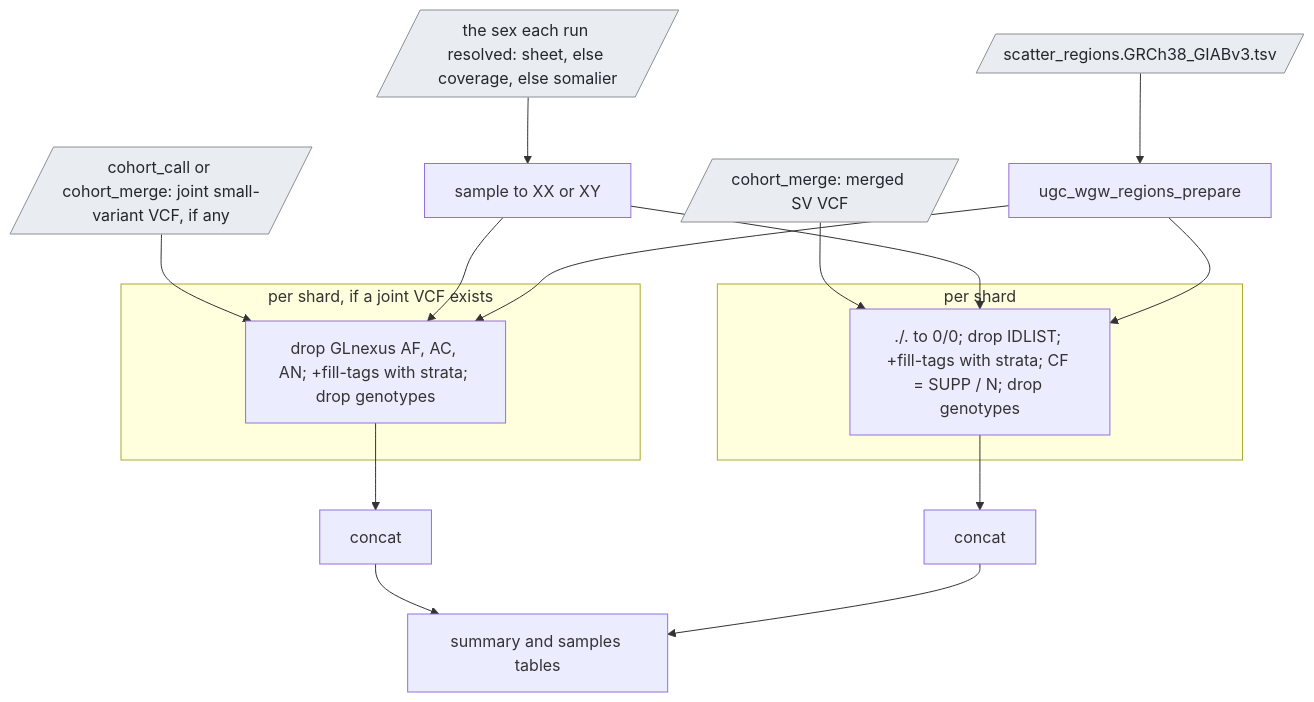
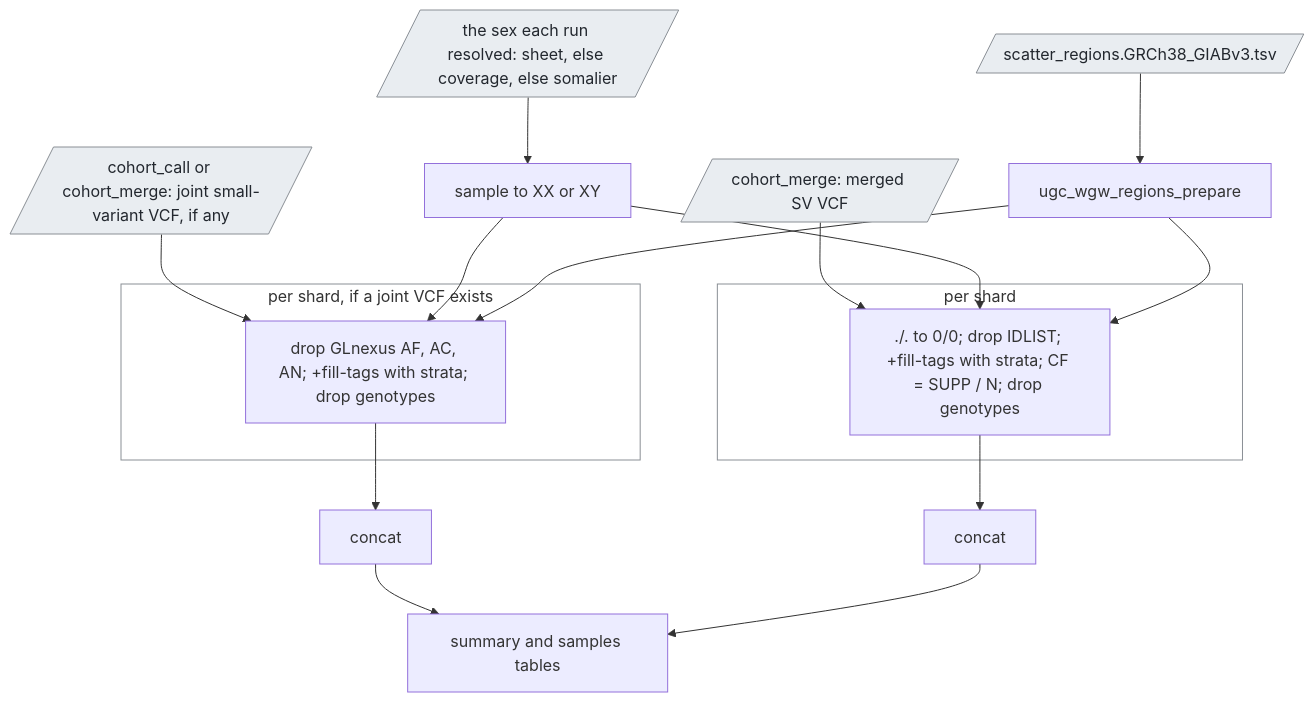
The diagram in docs/guide/stages/cohort_freq.md (UppsalaGenomeCenter/ugc-wgw), drawn with Mermaid before and after one commit. The commit also changed 19 other files, not shown here.

````diff
--- a/docs/guide/stages/cohort_freq.md
+++ b/docs/guide/stages/cohort_freq.md
@@ -17,20 +17,22 @@
 ```mermaid
 flowchart TD
   regions[/"scatter_regions.GRCh38_GIABv3.tsv"/]:::data --> prep["ugc_wgw_regions_prepare"]
   sv[/"cohort_merge: merged SV VCF"/]:::data --> f2
   jv[/"cohort_call or cohort_merge: joint small-variant VCF, if any"/]:::data --> f1
   sheet[/"the sex each run resolved: sheet, else coverage, else somalier"/]:::data --> groups["sample to XX or XY"]
   groups --> f1
   groups --> f2
   subgraph sm["per shard, if a joint VCF exists"]
     f1["drop GLnexus AF, AC, AN; +fill-tags with strata; drop genotypes"]
   end
   subgraph svs["per shard"]
     f2["./. to 0/0; drop IDLIST; +fill-tags with strata; CF = SUPP / N; drop genotypes"]
   end
   prep --> f1
   prep --> f2
   f1 --> c1["concat"] --> sum["summary and samples tables"]
   f2 --> c2["concat"] --> sum
   classDef data fill:#e9edf1,stroke:#8a8f95,color:#22272e
+  classDef box fill:none,stroke:#8a8f95
+  class sm,svs box
 ```
````
